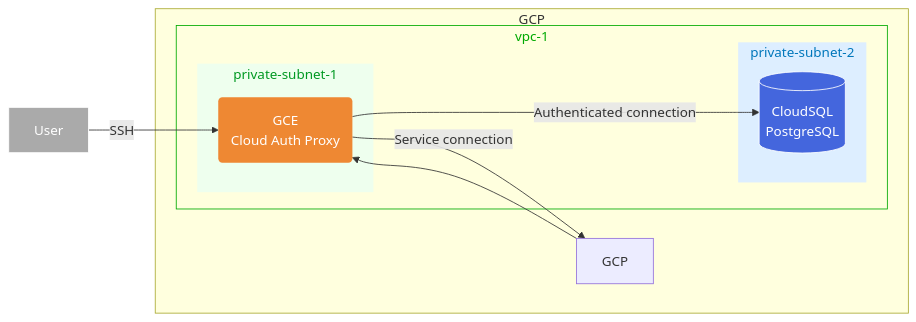
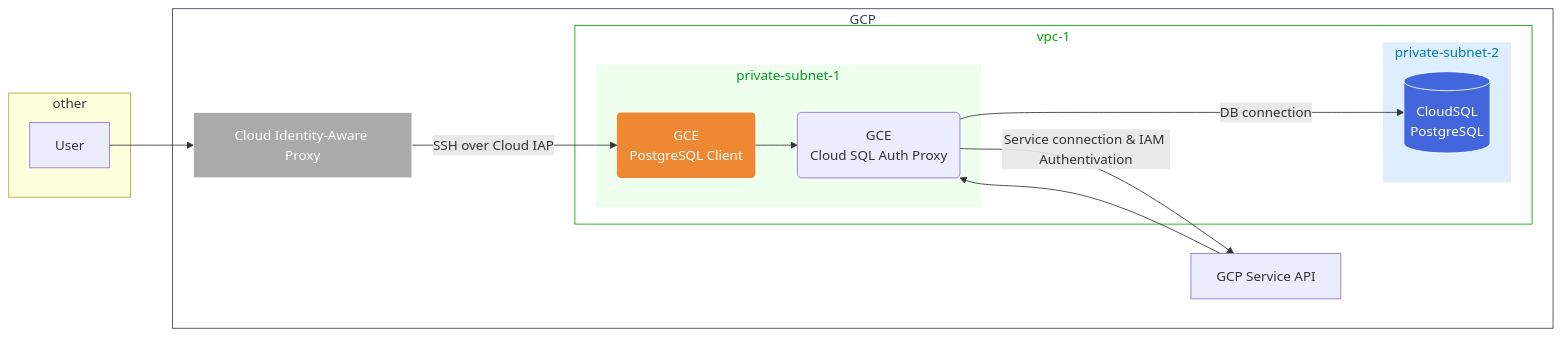
Before and after one commit to daylight55/terraform-gcp-example: the diagram in README.md, drawn with Mermaid. The commit also changed other lines of this file, not shown here.

Commit message:
docs: ✏️ 構成図修正

````diff
--- a/README.md
+++ b/README.md
@@ -7,58 +7,65 @@
 ```mermaid
-flowchart LR
+graph LR
 
 %%外部要素のUser
-OU1[User]
+subgraph other
+  OU[User]
+end
 
 %%グループとサービス
 subgraph GC[GCP]
-  OU2[GCP<br>]
-end
+    OU1[Cloud Identity-Aware Proxy]
+    OU2[GCP Service API]
 
-subgraph GC[GCP]
   subgraph GV[vpc-1]
     subgraph GS1[private-subnet-1]
-      CP1("GCE<br>Cloud Auth Proxy")
+      CP1("GCE<br>PostgreSQL Client")
+      CP2("GCE<br>Cloud SQL Auth Proxy")
     end
     subgraph GS2[private-subnet-2]
       DB1[("CloudSQL<br>PostgreSQL")]
     end
   end
 end
 
 %%サービス同士の関係
-OU1 --"SSH"--> CP1
-CP1 --"Service connection"--> OU2
-OU2 --> CP1
-CP1 --"Authenticated connection"---> DB1
+%% SSH
+OU -->OU1
+OU1 --"SSH over Cloud IAP"-->  CP1
+%% Cloud SQL Auth Proxy authentication
+CP1 --> CP2
+CP2 --"Service connection & IAM Authentivation"--> OU2
+%% DB connection
+OU2 --> CP2
+CP2 --"DB connection"---> DB1
 
 %%グループのスタイル
 classDef SGC fill:none,color:#345,stroke:#345
 class GC SGC
 
 classDef SGV fill:none,color:#0a0,stroke:#0a0
 class GV SGV
 
 classDef SGPrS fill:#def,color:#07b,stroke:none
 class GS2 SGPrS
 
 classDef SGPuS fill:#efe,color:#092,stroke:none
 class GS1 SGPuS
 
 %%サービスのスタイル
 classDef SOU fill:#aaa,color:#fff,stroke:#fff
 class OU1 SOU
 
 classDef SNW fill:#84d,color:#fff,stroke:none
 class NW1 SNW
 
 classDef SCP fill:#e83,color:#fff,stroke:none
 class CP1 SCP
 
 classDef SDB fill:#46d,color:#fff,stroke:#fff
 class DB1 SDB
 
 classDef SST fill:#493,color:#fff,stroke:#fff
 class ST1 SST
 
 ```
````
